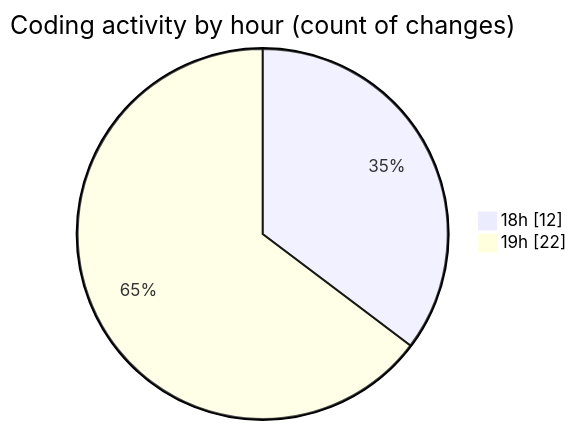
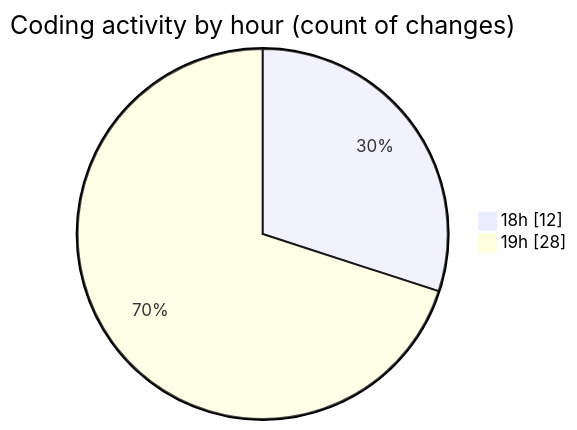
Before and after one commit to Elitesun/code-tracking: the second of 2 diagrams in 2025-05-15/laala_boost/README.md, drawn with Mermaid. The commit also changed other lines of this file and 1 other file, not shown here.

````diff
--- a/2025-05-15/laala_boost/README.md
+++ b/2025-05-15/laala_boost/README.md
@@ -43,6 +43,6 @@
 ```mermaid
 pie showData
 title Coding activity by hour (count of changes)
 "18h" : 12
-"19h" : 22
+"19h" : 28
 ```
````
